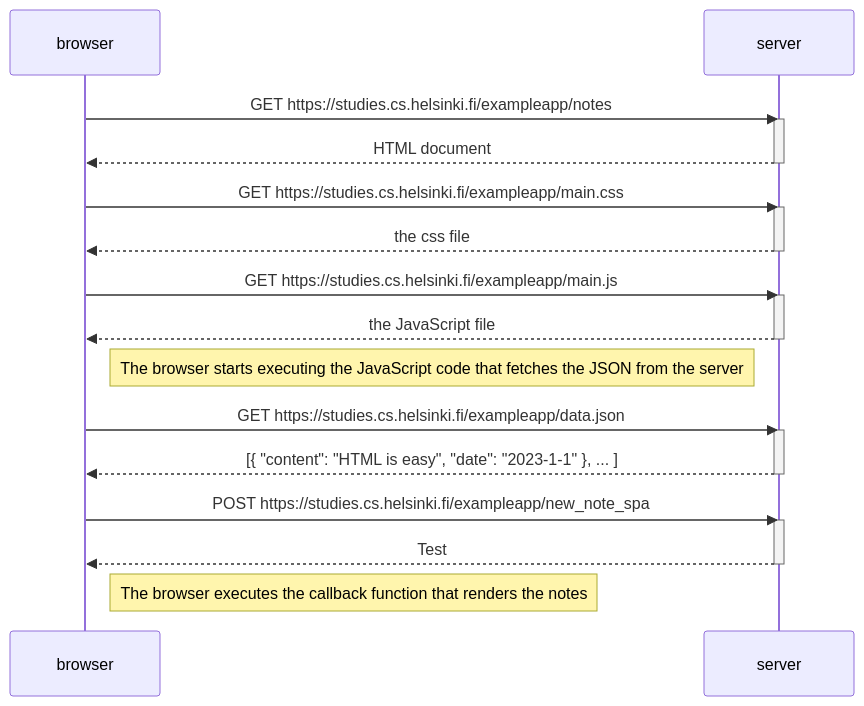
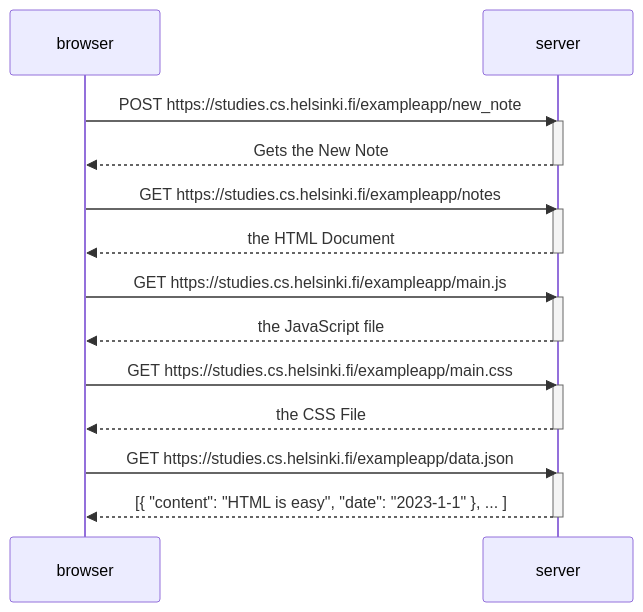
The diagram in moro.md (sebastiancentria/fullstack0), drawn with Mermaid before and after one commit.

````diff
--- a/moro.md
+++ b/moro.md
@@ -1,34 +1,31 @@
 ```mermaid
 sequenceDiagram
     participant browser
     participant server
     
+    browser->>server: POST https://studies.cs.helsinki.fi/exampleapp/new_note
+    activate server
+    server-->>browser: Gets the New Note
+    deactivate server
+    
     browser->>server: GET https://studies.cs.helsinki.fi/exampleapp/notes
     activate server
-    server-->>browser: HTML document
-    deactivate server
-    
-    browser->>server: GET https://studies.cs.helsinki.fi/exampleapp/main.css
-    activate server
-    server-->>browser: the css file
+    server-->>browser: the HTML Document
     deactivate server
     
     browser->>server: GET https://studies.cs.helsinki.fi/exampleapp/main.js
     activate server
     server-->>browser: the JavaScript file
     deactivate server
-    
-    Note right of browser: The browser starts executing the JavaScript code that fetches the JSON from the server
+
+   browser->>server: GET https://studies.cs.helsinki.fi/exampleapp/main.css
+    activate server
+    server-->>browser: the CSS File
+    deactivate server
     
     browser->>server: GET https://studies.cs.helsinki.fi/exampleapp/data.json
     activate server
     server-->>browser: [{ "content": "HTML is easy", "date": "2023-1-1" }, ... ]
     deactivate server
 
-    browser->>server: POST https://studies.cs.helsinki.fi/exampleapp/new_note_spa
-    activate server
-    server-->>browser: Test
-    deactivate server   
-
-    Note right of browser: The browser executes the callback function that renders the notes 
 ```
````
